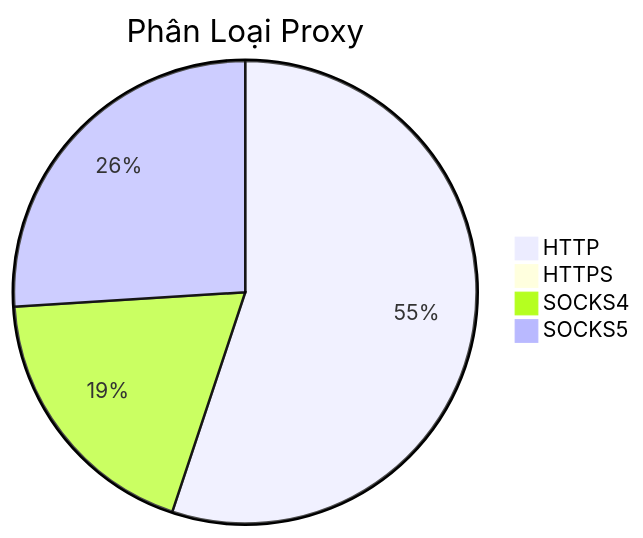
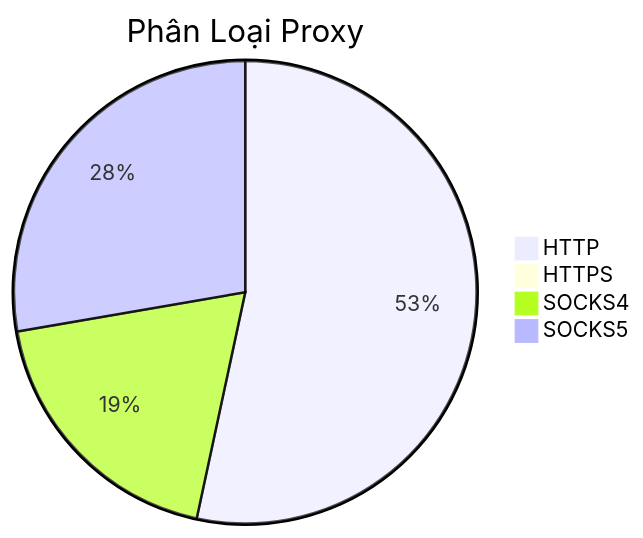
The diagram in README.md (Ciara-12/PROXY-free), drawn with Mermaid before and after one commit. The commit also changed other lines of this file and 3 other files, not shown here.

````diff
--- a/README.md
+++ b/README.md
@@ -26,7 +26,7 @@
 ```mermaid
 pie title Phân Loại Proxy
-    "HTTP" : 653
+    "HTTP" : 595
     "HTTPS" : 1
-    "SOCKS4" : 224
-    "SOCKS5" : 308
+    "SOCKS4" : 211
+    "SOCKS5" : 309
 ```
````
